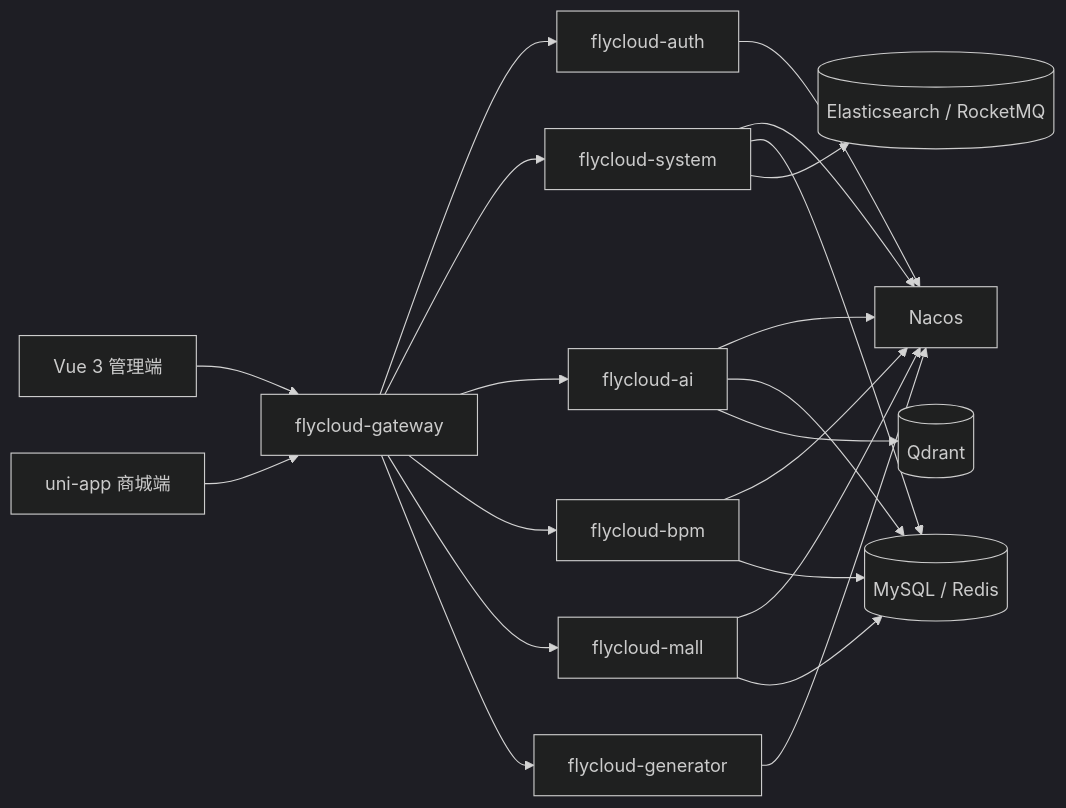
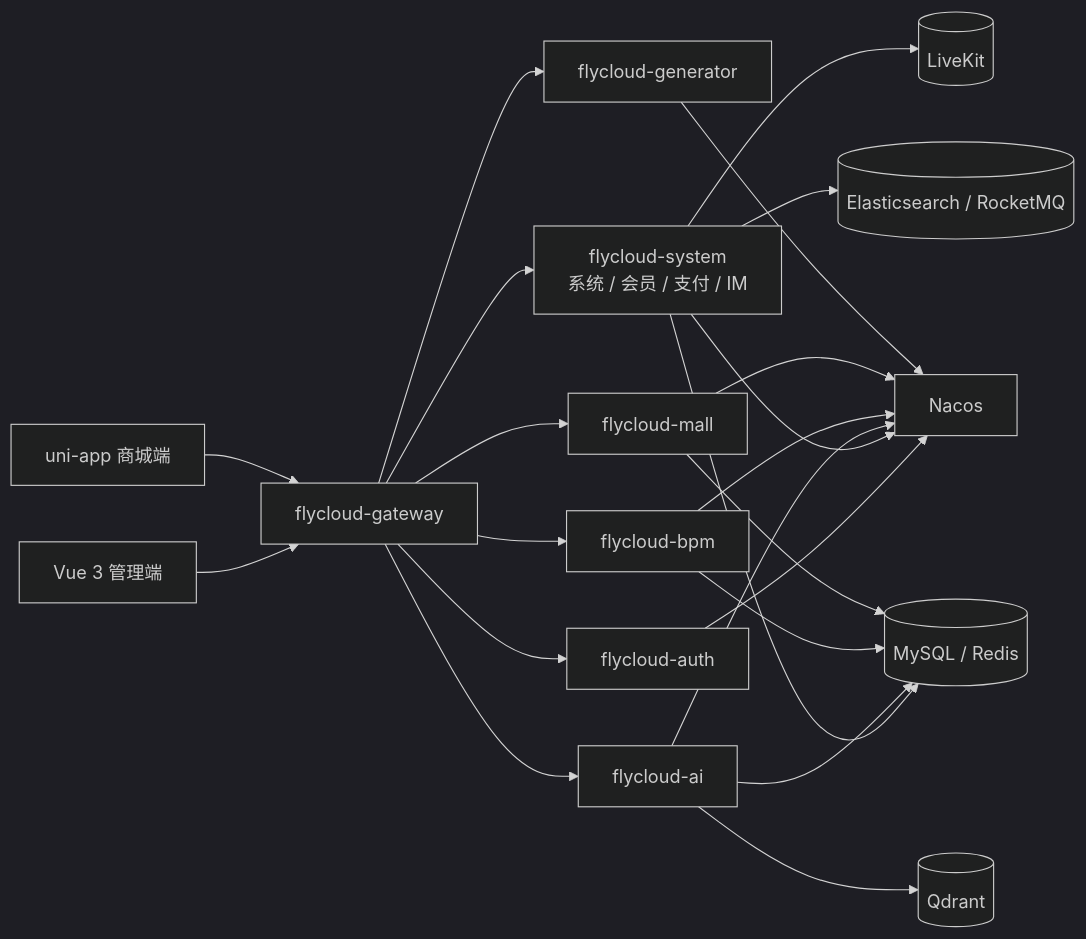
The diagram in README.md (15521142480/flycloud), drawn with Mermaid (dark theme) before and after one commit. The commit also changed other lines of this file and 8 other files, not shown here.

````diff
--- a/README.md
+++ b/README.md
@@ -79,23 +82,24 @@
 ```mermaid
 flowchart LR
     A[Vue 3 管理端] --> G[flycloud-gateway]
     B[uni-app 商城端] --> G
     G --> AU[flycloud-auth]
-    G --> S[flycloud-system]
+    G --> S[flycloud-system<br/>系统 / 会员 / 支付 / IM]
     G --> AI[flycloud-ai]
     G --> BPM[flycloud-bpm]
     G --> M[flycloud-mall]
     G --> GEN[flycloud-generator]
     AU --> N[Nacos]
     S --> N
     AI --> N
     BPM --> N
     M --> N
     GEN --> N
     S --> DB[(MySQL / Redis)]
     AI --> DB
     BPM --> DB
     M --> DB
     AI --> Q[(Qdrant)]
+    S --> LK[(LiveKit)]
     S --> ES[(Elasticsearch / RocketMQ)]
 ```
````
